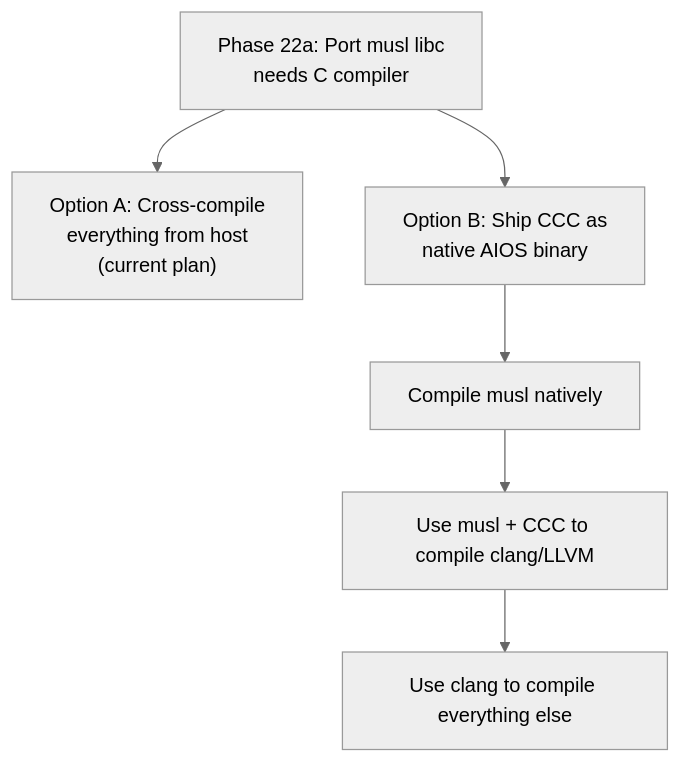
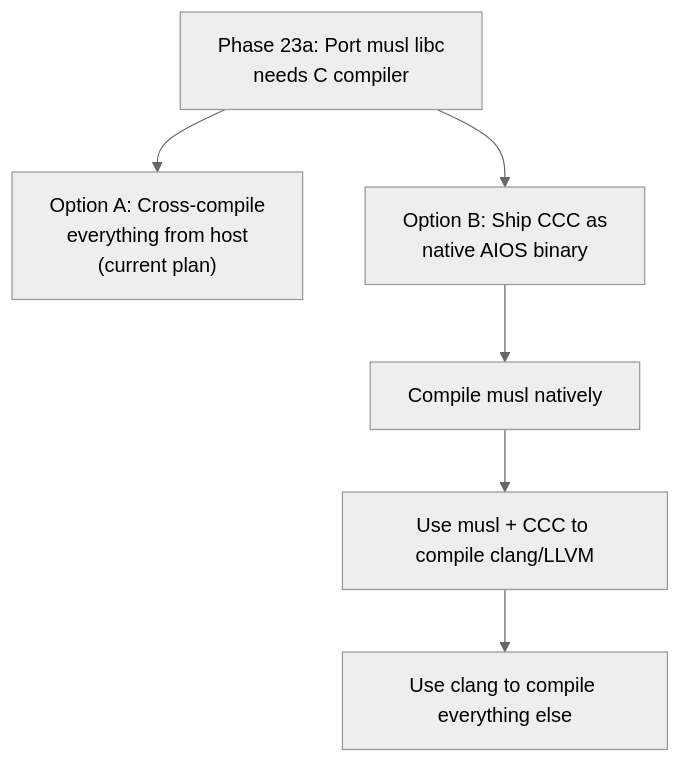
One commit to juslee/aios changed the fifth of 7 diagrams in docs/project/ccc-integration-analysis.md. Above: the diagram before and after it, drawn with Mermaid (neutral theme). The commit also changed other lines of this file and 135 other files, not shown here.

First line of the commit message:
Renumber Phase 5→6 through Phase 46→47 across architecture docs

````diff
--- a/docs/project/ccc-integration-analysis.md
+++ b/docs/project/ccc-integration-analysis.md
@@ -219,9 +219,9 @@
 ```mermaid
 flowchart TD
-    Start["Phase 22a: Port musl libc<br>needs C compiler"]
+    Start["Phase 23a: Port musl libc<br>needs C compiler"]
     Start --> A["Option A: Cross-compile<br>everything from host<br>(current plan)"]
     Start --> B["Option B: Ship CCC as<br>native AIOS binary"]
     B --> C[Compile musl natively]
     C --> D[Use musl + CCC to compile clang/LLVM]
     D --> E[Use clang to compile everything else]
 ```
````
